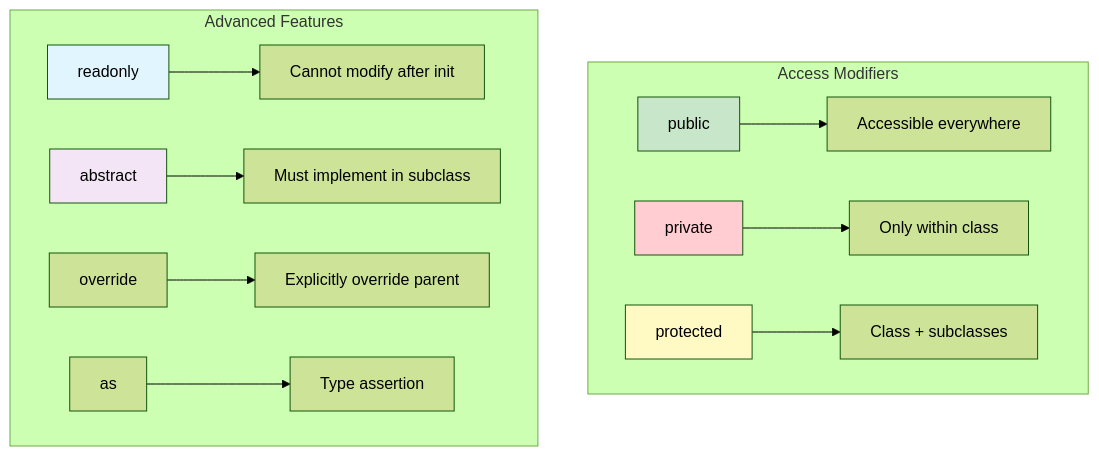
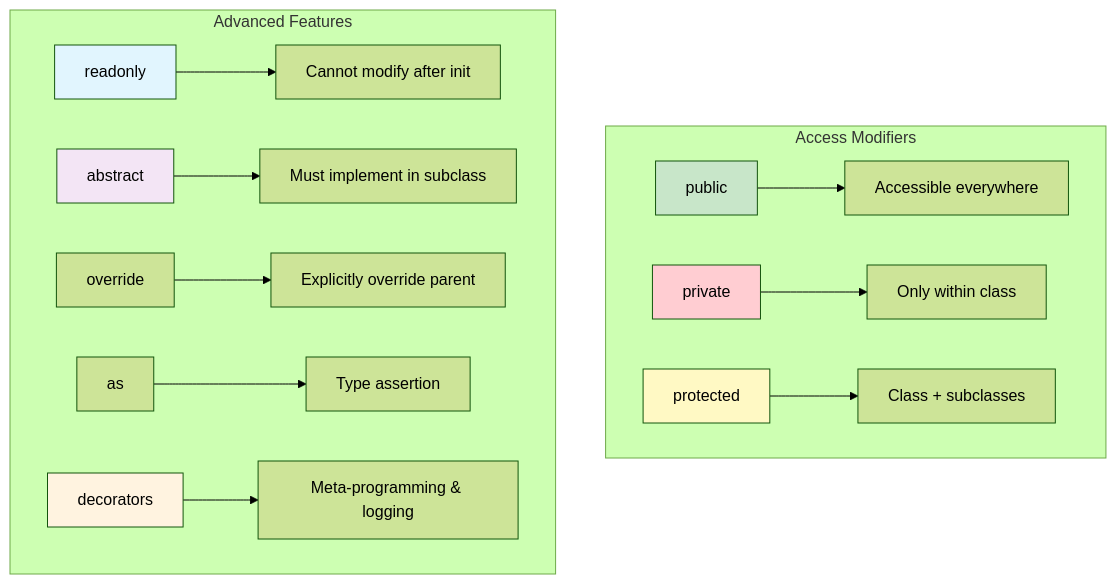
Diagram 16 of 20 in README.md (VKalluri-QA/LearningPalywrightBatch), drawn with Mermaid (forest theme) before and after one commit. The commit also changed other lines of this file and 7 other files, not shown here.

````diff
--- a/README.md
+++ b/README.md
@@ -887,21 +900,23 @@
 ```mermaid
 graph TB
     subgraph Access["Access Modifiers"]
         A[public] --> B["Accessible everywhere"]
         C[private] --> D["Only within class"]
         E[protected] --> F["Class + subclasses"]
     end
 
     subgraph Advanced["Advanced Features"]
         G[readonly] --> H["Cannot modify after init"]
         I[abstract] --> J["Must implement in subclass"]
         K[override] --> L["Explicitly override parent"]
         M[as] --> N["Type assertion"]
+        O[decorators] --> P["Meta-programming & logging"]
     end
 
     style A fill:#c8e6c9
     style C fill:#ffcdd2
     style E fill:#fff9c4
     style G fill:#e1f5fe
     style I fill:#f3e5f5
+    style O fill:#fff3e0
 ```
````
